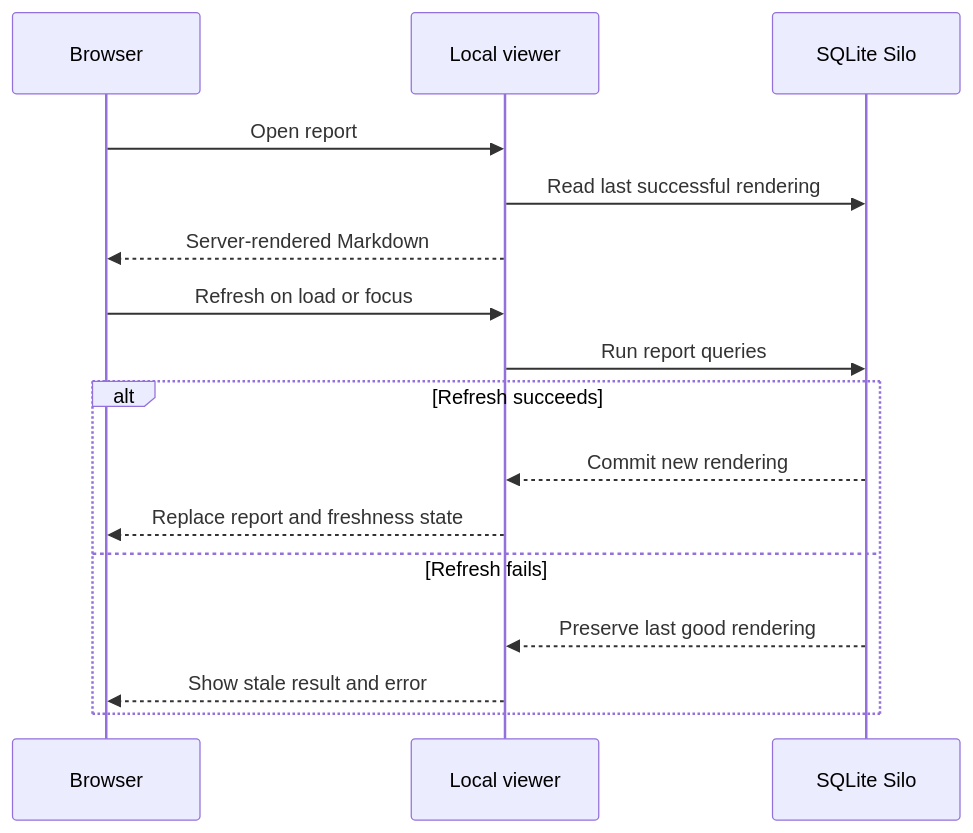
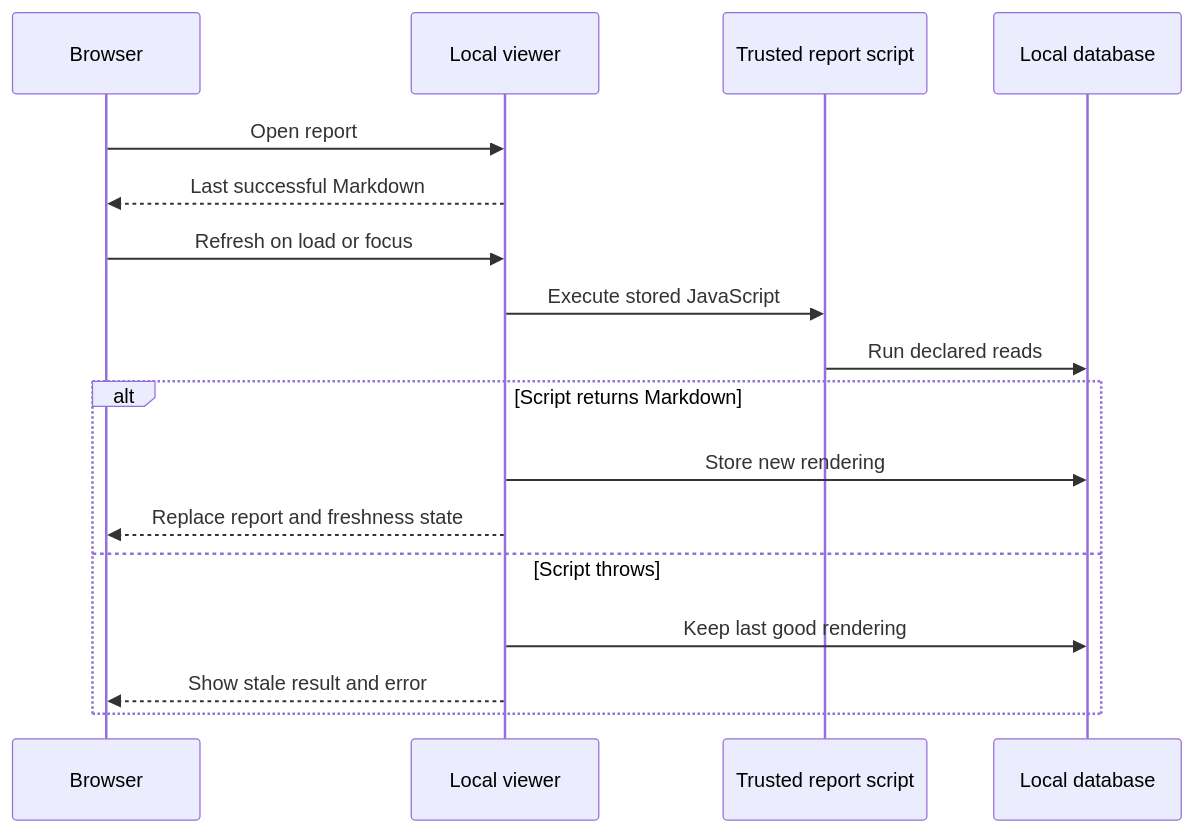
One commit to silo-ai/silo changed the diagram in docs/guides/publish-a-report.md. Above: the diagram before and after it, drawn with Mermaid. The commit also changed other lines of this file and 16 other files, not shown here.

````diff
--- a/docs/guides/publish-a-report.md
+++ b/docs/guides/publish-a-report.md
@@ -128,18 +123,19 @@
 ```mermaid
 sequenceDiagram
   participant Browser
   participant Viewer as Local viewer
-  participant Silo as SQLite Silo
+  participant Script as Trusted report script
+  participant Silo as Local database
   Browser->>Viewer: Open report
-  Viewer->>Silo: Read last successful rendering
-  Viewer-->>Browser: Server-rendered Markdown
+  Viewer-->>Browser: Last successful Markdown
   Browser->>Viewer: Refresh on load or focus
-  Viewer->>Silo: Run report queries
-  alt Refresh succeeds
-    Silo-->>Viewer: Commit new rendering
+  Viewer->>Script: Execute stored JavaScript
+  Script->>Silo: Run declared reads
+  alt Script returns Markdown
+    Viewer->>Silo: Store new rendering
     Viewer-->>Browser: Replace report and freshness state
-  else Refresh fails
-    Silo-->>Viewer: Preserve last good rendering
+  else Script throws
+    Viewer->>Silo: Keep last good rendering
     Viewer-->>Browser: Show stale result and error
   end
 ```
````
